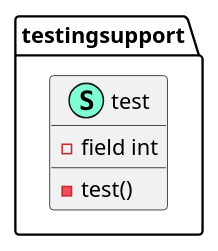
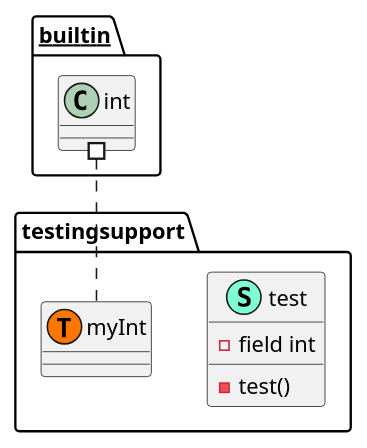
The diagram in testingsupport/testingsupport.puml (thgoexpt/PlantUML-Class-Diagram-Generator-for-golang-projects), drawn with PlantUML before and after one commit. The commit also changed 2 other files, not shown here.

```diff
--- a/testingsupport/testingsupport.puml
+++ b/testingsupport/testingsupport.puml
@@ -1,12 +1,15 @@
 @startuml
 namespace testingsupport {
     class test << (S,Aquamarine) >> {
         - field int
 
         - test() 
 
     }
+    class testingsupport.myInt << (T, #FF7700) >>  {
+    }
 }
 
 
+__builtin__.int #.. testingsupport.myInt
 @enduml
```
